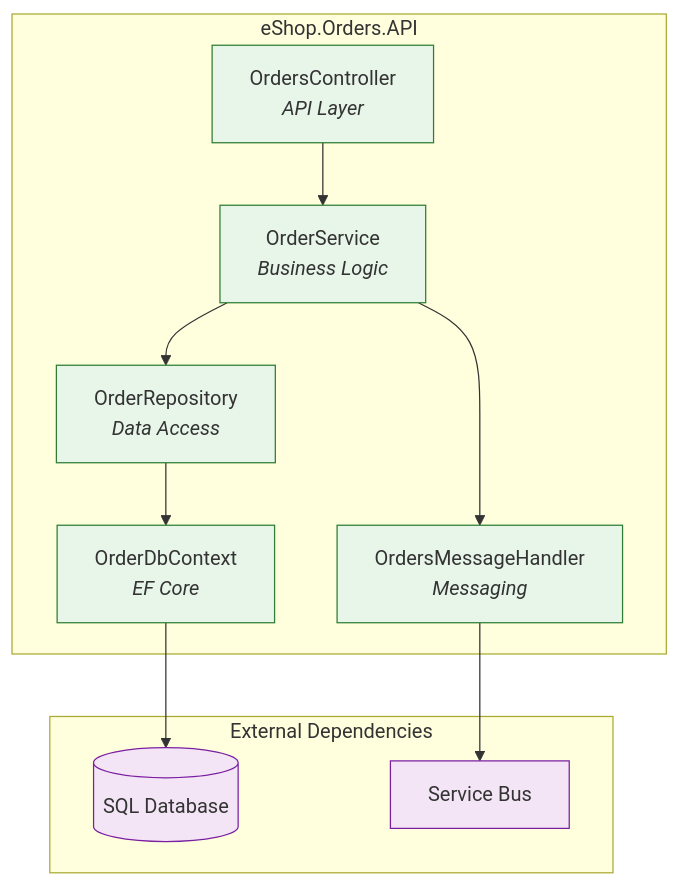
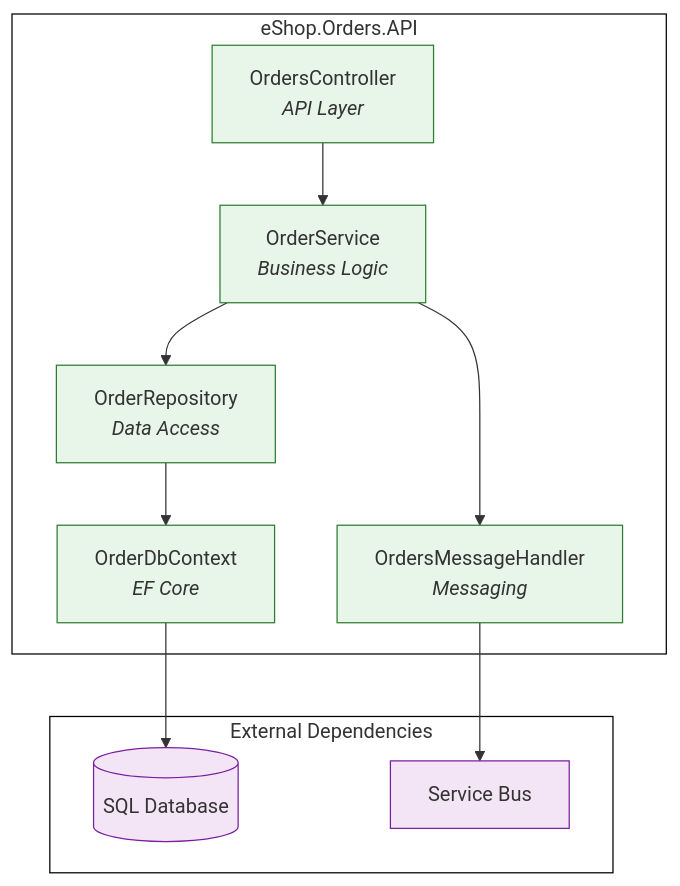
Before and after one commit to Evilazaro/Azure-LogicApps-Monitoring: the second of 5 diagrams in docs/architecture/03-application-architecture.md, drawn with Mermaid. The commit also changed other lines of this file and 2 other files, not shown here.

Commit message:
Refactor Mermaid diagrams for improved clarity and consistency across architecture documentation

````diff
--- a/docs/architecture/03-application-architecture.md
+++ b/docs/architecture/03-application-architecture.md
@@ -122,28 +122,31 @@
 ```mermaid
 flowchart TB
-    subgraph API["eShop.Orders.API"]
-        Controller["OrdersController<br/><i>API Layer</i>"]
-        Service["OrderService<br/><i>Business Logic</i>"]
-        Repository["OrderRepository<br/><i>Data Access</i>"]
-        Handler["OrdersMessageHandler<br/><i>Messaging</i>"]
-        DbContext["OrderDbContext<br/><i>EF Core</i>"]
-    end
-
-    subgraph External["External Dependencies"]
+ subgraph API["eShop.Orders.API"]
+        Controller["OrdersController<br><i>API Layer</i>"]
+        Service["OrderService<br><i>Business Logic</i>"]
+        Repository["OrderRepository<br><i>Data Access</i>"]
+        Handler["OrdersMessageHandler<br><i>Messaging</i>"]
+        DbContext["OrderDbContext<br><i>EF Core</i>"]
+  end
+ subgraph External["External Dependencies"]
         SQL[("SQL Database")]
         SB["Service Bus"]
-    end
-
+  end
     Controller --> Service
-    Service --> Repository
-    Service --> Handler
+    Service --> Repository & Handler
     Repository --> DbContext
     DbContext --> SQL
     Handler --> SB
 
+     Controller:::internal
+     Service:::internal
+     Repository:::internal
+     Handler:::internal
+     DbContext:::internal
+     SQL:::external
+     SB:::external
     classDef internal fill:#e8f5e9,stroke:#2e7d32
     classDef external fill:#f3e5f5,stroke:#7b1fa2
-
-    class Controller,Service,Repository,Handler,DbContext internal
-    class SQL,SB external
+    style API stroke:#000000,fill:#FFFFFF
+    style External stroke:#000000,fill:#FFFFFF
 ```
````
